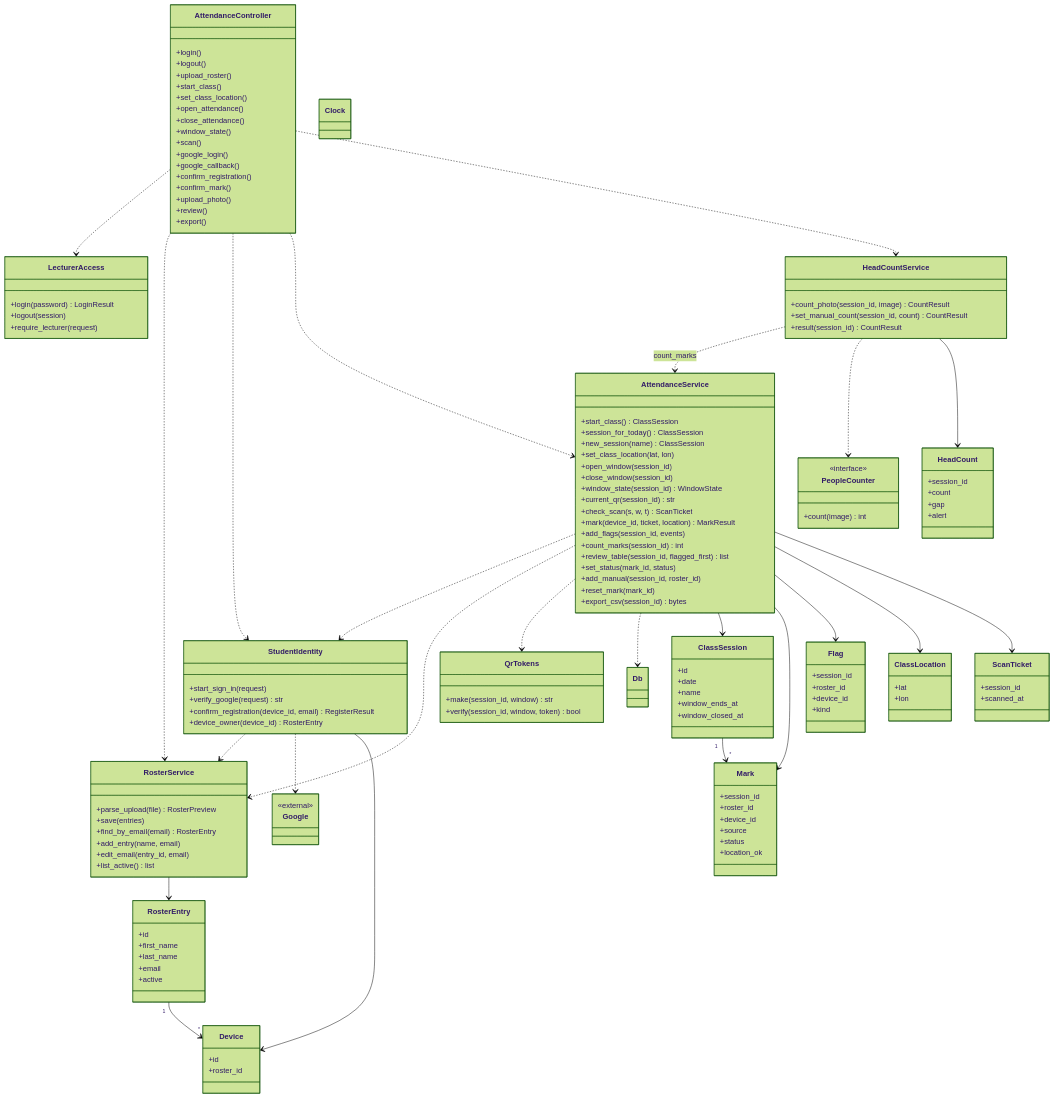
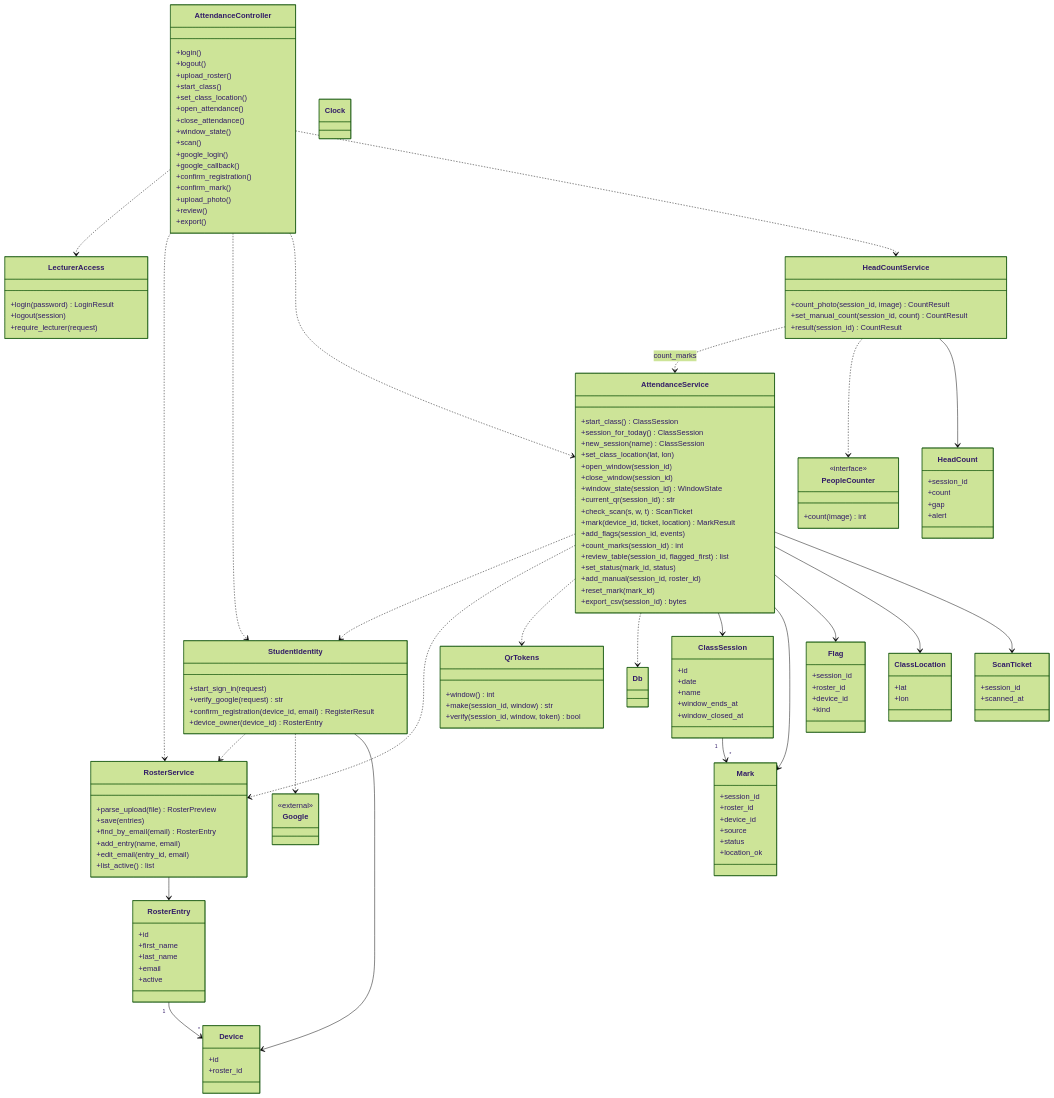
Before and after one commit to Gashaw-ambaw/Ex2: the first of 7 diagrams in docs/edd.md, drawn with Mermaid (forest theme). The commit also changed other lines of this file and 1 other file, not shown here.

```diff
--- a/docs/edd.md
+++ b/docs/edd.md
@@ -77,6 +77,7 @@
     +export_csv(session_id) bytes
   }
   class QrTokens {
+    +window() int
     +make(session_id, window) str
     +verify(session_id, window, token) bool
   }
```
